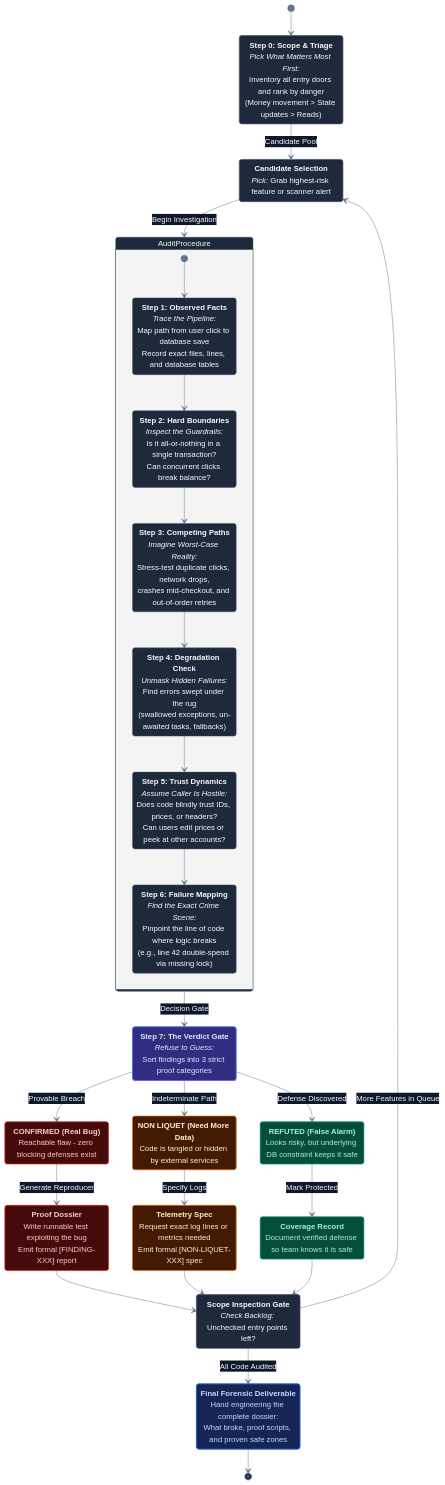
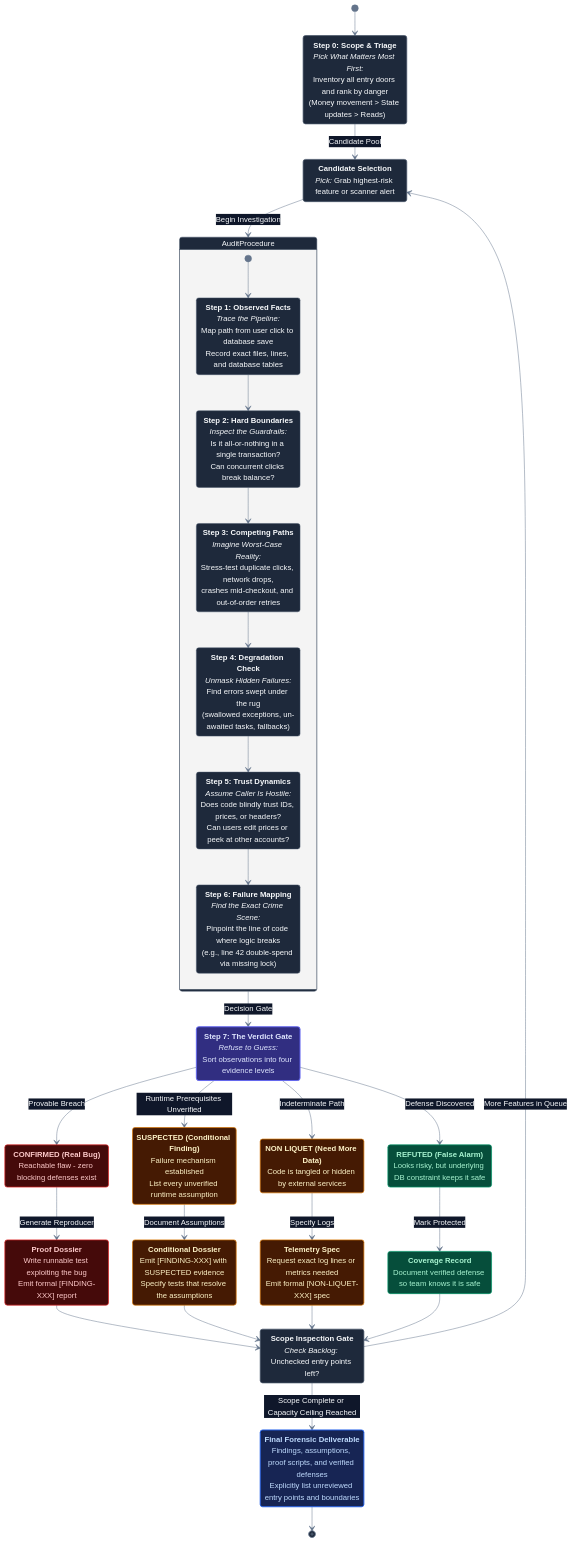
Before and after one commit to bcgov/crow: the diagram in .apm/skills/crow-code-logic-auditor/code-logic-auditor-flow.mmd, drawn with Mermaid. The commit also changed 21 other files, not shown here.

Commit message:
fix(crow-code-logic-auditor): address codex review findings, align rule fixtures, and harden regression tests

```diff
--- a/.apm/skills/crow-code-logic-auditor/code-logic-auditor-flow.mmd
+++ b/.apm/skills/crow-code-logic-auditor/code-logic-auditor-flow.mmd
@@ -1,88 +1,93 @@
 %%{
   init: {
     'theme': 'base',
     'themeVariables': {
       'primaryColor': '#1e293b',
       'primaryTextColor': '#f8fafc',
       'primaryBorderColor': '#475569',
       'lineColor': '#64748b',
       'secondaryColor': '#0f172a',
       'tertiaryColor': '#090d16',
       'altBackground': '#1e293b'
     }
   }
 }%%
 
 stateDiagram-v2
     classDef neutral fill:#1e293b,stroke:#475569,stroke-width:1.5px,color:#f8fafc
     classDef gate fill:#312e81,stroke:#6366f1,stroke-width:2px,color:#e0e7ff
     classDef confirmed fill:#450a0a,stroke:#dc2626,stroke-width:1.5px,color:#fecaca
     classDef nonliquet fill:#451a03,stroke:#d97706,stroke-width:1.5px,color:#fef3c7
     classDef refuted fill:#064e3b,stroke:#059669,stroke-width:1.5px,color:#a7f3d0
     classDef deliverable fill:#172554,stroke:#2563eb,stroke-width:2px,color:#bfdbfe
 
     [*] --> ScopeTriage
     ScopeTriage: <b>Step 0: Scope & Triage</b><br/><i>Pick What Matters Most First:</i><br/>Inventory all entry doors and rank by danger<br/>(Money movement > State updates > Reads)
     
     ScopeTriage --> PickCandidate: Candidate Pool
     PickCandidate: <b>Candidate Selection</b><br/><i>Pick:</i> Grab highest-risk feature or scanner alert
 
     state AuditProcedure {
         [*] --> Facts
         Facts: <b>Step 1: Observed Facts</b><br/><i>Trace the Pipeline:</i><br/>Map path from user click to database save<br/>Record exact files, lines, and database tables
         
         Facts --> Boundaries
         Boundaries: <b>Step 2: Hard Boundaries</b><br/><i>Inspect the Guardrails:</i><br/>Is it all-or-nothing in a single transaction?<br/>Can concurrent clicks break balance?
         
         Boundaries --> Reconstruct
         Reconstruct: <b>Step 3: Competing Paths</b><br/><i>Imagine Worst-Case Reality:</i><br/>Stress-test duplicate clicks, network drops,<br/>crashes mid-checkout, and out-of-order retries
         
         Reconstruct --> Degradation
         Degradation: <b>Step 4: Degradation Check</b><br/><i>Unmask Hidden Failures:</i><br/>Find errors swept under the rug<br/>(swallowed exceptions, un-awaited tasks, fallbacks)
         
         Degradation --> Trust
         Trust: <b>Step 5: Trust Dynamics</b><br/><i>Assume Caller Is Hostile:</i><br/>Does code blindly trust IDs, prices, or headers?<br/>Can users edit prices or peek at other accounts?
         
         Trust --> FailurePoint
         FailurePoint: <b>Step 6: Failure Mapping</b><br/><i>Find the Exact Crime Scene:</i><br/>Pinpoint the line of code where logic breaks<br/>(e.g., line 42 double-spend via missing lock)
     }
 
     PickCandidate --> AuditProcedure: Begin Investigation
     AuditProcedure --> EvidenceGate: Decision Gate
     
-    EvidenceGate: <b>Step 7: The Verdict Gate</b><br/><i>Refuse to Guess:</i><br/>Sort findings into 3 strict proof categories
+    EvidenceGate: <b>Step 7: The Verdict Gate</b><br/><i>Refuse to Guess:</i><br/>Sort observations into four evidence levels
 
     EvidenceGate --> ConfirmedProof: Provable Breach
+    EvidenceGate --> Suspected: Runtime Prerequisites Unverified
     EvidenceGate --> NonLiquet: Indeterminate Path
     EvidenceGate --> RuledOut: Defense Discovered
 
     ConfirmedProof: <b>CONFIRMED (Real Bug)</b><br/>Reachable flaw - zero blocking defenses exist
+    Suspected: <b>SUSPECTED (Conditional Finding)</b><br/>Failure mechanism established<br/>List every unverified runtime assumption
     NonLiquet: <b>NON LIQUET (Need More Data)</b><br/>Code is tangled or hidden by external services
     RuledOut: <b>REFUTED (False Alarm)</b><br/>Looks risky, but underlying DB constraint keeps it safe
 
     ConfirmedProof --> FindingArtifact: Generate Reproducer
+    Suspected --> SuspectedArtifact: Document Assumptions
     NonLiquet --> TelemetrySpec: Specify Logs
     RuledOut --> CoverageNote: Mark Protected
 
     FindingArtifact: <b>Proof Dossier</b><br/>Write runnable test exploiting the bug<br/>Emit formal [FINDING-XXX] report
+    SuspectedArtifact: <b>Conditional Dossier</b><br/>Emit [FINDING-XXX] with SUSPECTED evidence<br/>Specify tests that resolve the assumptions
     TelemetrySpec: <b>Telemetry Spec</b><br/>Request exact log lines or metrics needed<br/>Emit formal [NON-LIQUET-XXX] spec
     CoverageNote: <b>Coverage Record</b><br/>Document verified defense so team knows it is safe
 
     FindingArtifact --> LoopCheck
+    SuspectedArtifact --> LoopCheck
     TelemetrySpec --> LoopCheck
     CoverageNote --> LoopCheck
 
     LoopCheck: <b>Scope Inspection Gate</b><br/><i>Check Backlog:</i> Unchecked entry points left?
 
     LoopCheck --> PickCandidate: More Features in Queue
-    LoopCheck --> ReportDeliverable: All Code Audited
+    LoopCheck --> ReportDeliverable: Scope Complete or Capacity Ceiling Reached
     
-    ReportDeliverable: <b>Final Forensic Deliverable</b><br/>Hand engineering the complete dossier:<br/>What broke, proof scripts, and proven safe zones
+    ReportDeliverable: <b>Final Forensic Deliverable</b><br/>Findings, assumptions, proof scripts, and verified defenses<br/>Explicitly list unreviewed entry points and boundaries
     ReportDeliverable --> [*]
 
     class ScopeTriage,PickCandidate,LoopCheck neutral
     class EvidenceGate gate
     class ConfirmedProof,FindingArtifact confirmed
-    class NonLiquet,TelemetrySpec nonliquet
+    class Suspected,SuspectedArtifact,NonLiquet,TelemetrySpec nonliquet
     class RuledOut,CoverageNote refuted
     class ReportDeliverable deliverable
```
